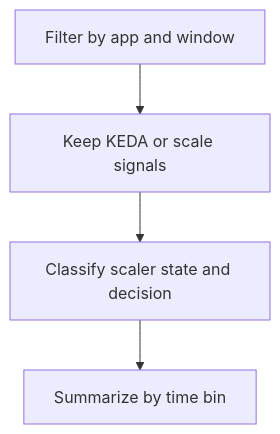
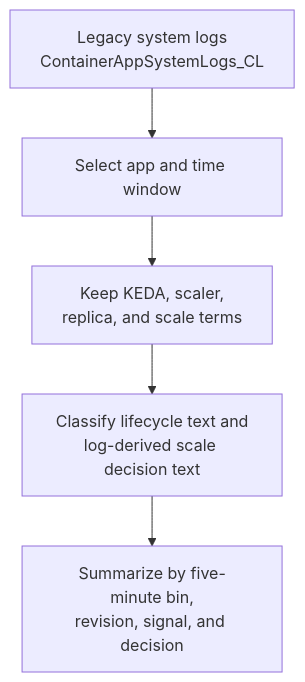
One commit to yeongseon/azure-container-apps-practical-guide changed the diagram in docs/troubleshooting/kql/scaling-and-replicas/keda-scaler-metrics.md. Above: the diagram before and after it, drawn with Mermaid. The commit also changed other lines of this file and 22 other files, not shown here.

First line of the commit message:
docs(diagrams): migrate KQL diagnostic flows (#622)

````diff
--- a/docs/troubleshooting/kql/scaling-and-replicas/keda-scaler-metrics.md
+++ b/docs/troubleshooting/kql/scaling-and-replicas/keda-scaler-metrics.md
@@ -36,4 +36,10 @@
 ```mermaid
 flowchart TD
-    A[Filter by app and window] --> B[Keep KEDA or scale signals] --> C[Classify scaler state and decision] --> D[Summarize by time bin]
+    accTitle: Classify log-derived KEDA and scaling signals
+    accDescr: The query selects an app and time window from legacy system logs, keeps KEDA and replica-scale text, classifies lifecycle observations separately from scale decisions, and summarizes matching rows by time bin and revision.
+
+    SOURCE[Legacy system logs<br/>ContainerAppSystemLogs_CL] --> SCOPE[Select app and time window]
+    SCOPE --> SIGNALS[Keep KEDA, scaler,<br/>replica, and scale terms]
+    SIGNALS --> CLASSIFY[Classify lifecycle text and<br/>log-derived scale decision text]
+    CLASSIFY --> SUMMARY[Summarize by five-minute bin,<br/>revision, signal, and decision]
 ```
````
